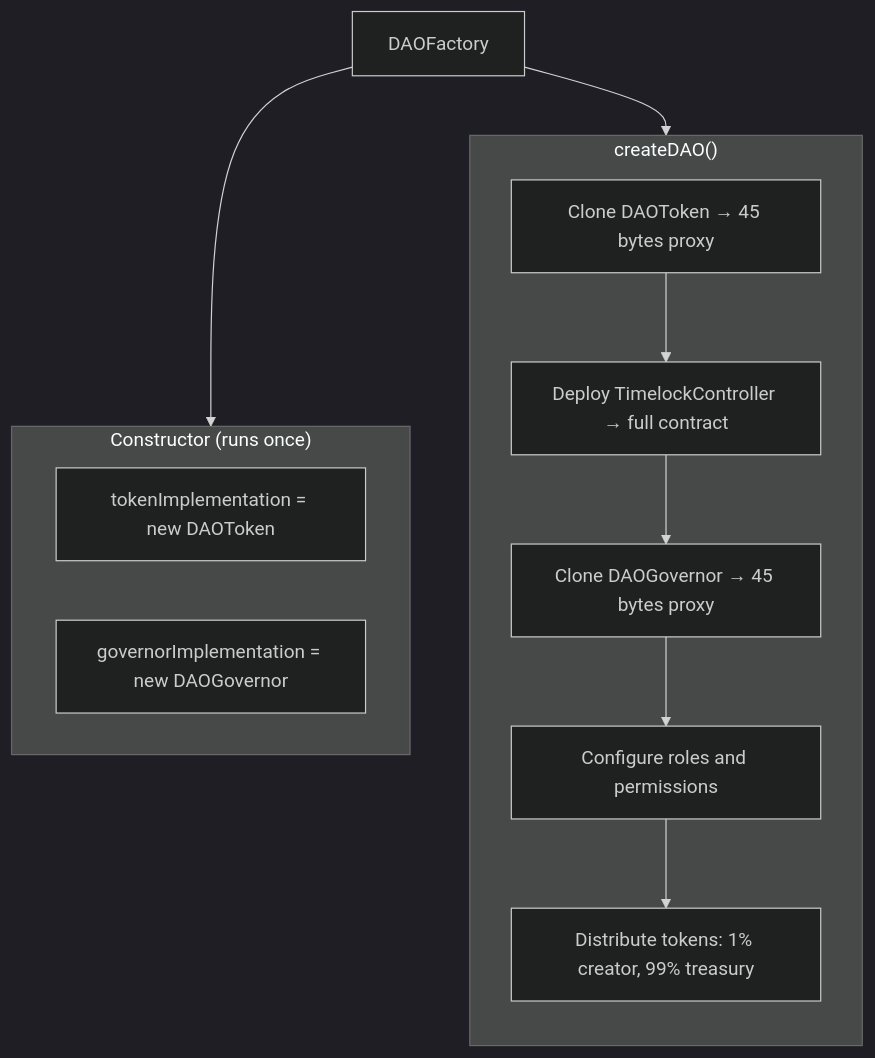
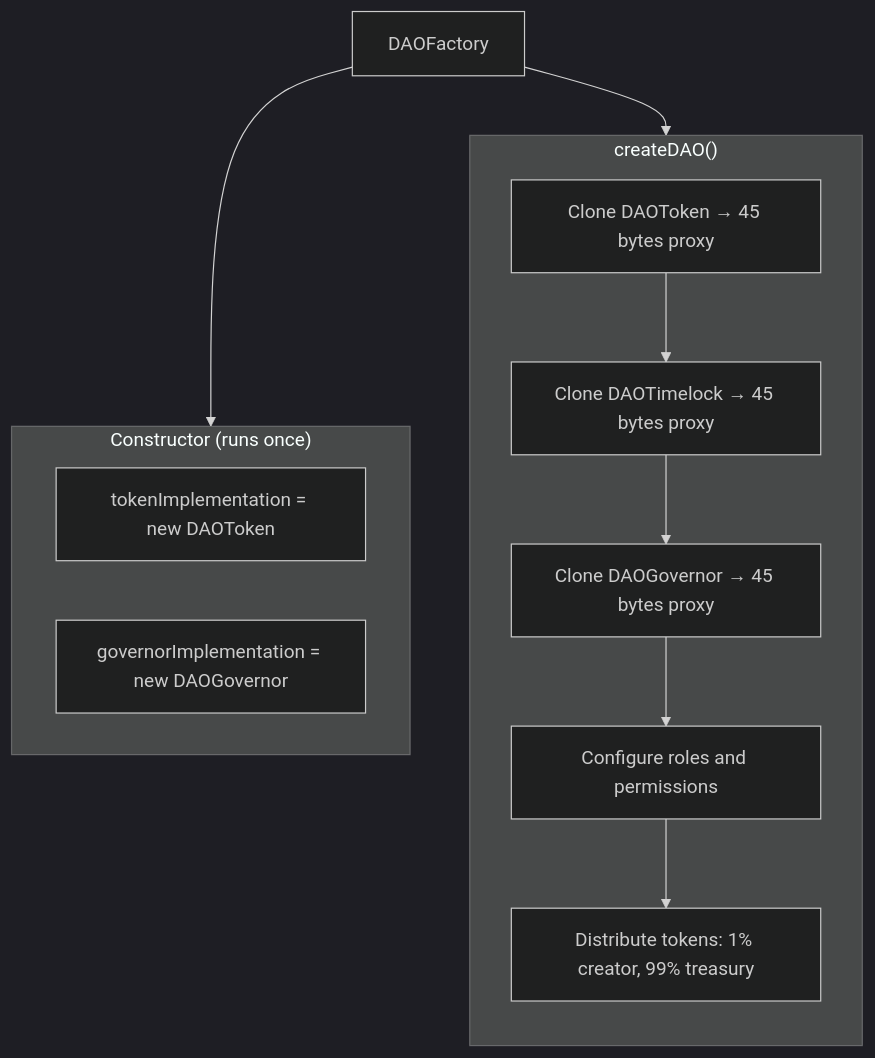
One commit to createDAO/docs changed the diagram in contracts/dao-factory.mdx. Above: the diagram before and after it, drawn with Mermaid (dark theme). The commit also changed other lines of this file and 4 other files, not shown here.

````diff
--- a/contracts/dao-factory.mdx
+++ b/contracts/dao-factory.mdx
@@ -35,27 +35,27 @@
 ```mermaid
 flowchart TD
     Factory[DAOFactory]
     
     subgraph Constructor["Constructor (runs once)"]
         direction LR
         TokenImpl[tokenImplementation = new DAOToken]
         GovImpl[governorImplementation = new DAOGovernor]
     end
     
     subgraph CreateDAO["createDAO()"]
         direction TB
         CloneToken[Clone DAOToken → 45 bytes proxy]
-        DeployTimelock[Deploy TimelockController → full contract]
+        CloneTimelock[Clone DAOTimelock → 45 bytes proxy]
         CloneGovernor[Clone DAOGovernor → 45 bytes proxy]
         ConfigRoles[Configure roles and permissions]
         DistributeTokens[Distribute tokens: 1% creator, 99% treasury]
         
-        CloneToken --> DeployTimelock
-        DeployTimelock --> CloneGovernor
+        CloneToken --> CloneTimelock
+        CloneTimelock --> CloneGovernor
         CloneGovernor --> ConfigRoles
         ConfigRoles --> DistributeTokens
     end
     
     Factory --> Constructor
     Factory --> CreateDAO
 ```
````
